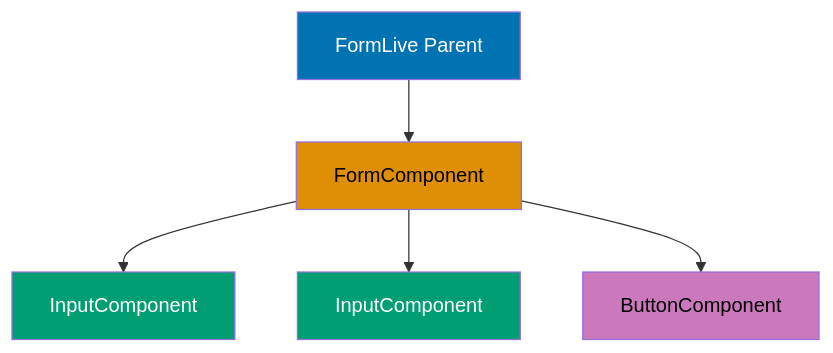
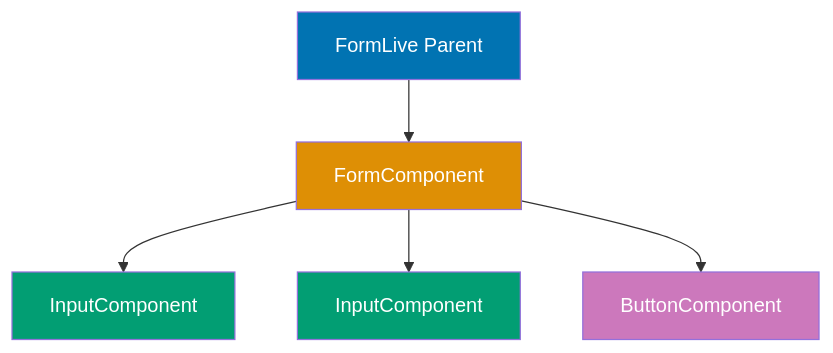
The third of 3 diagrams in apps/ayokoding-web/content/en/learn/software-engineering/platform-web/tools/elixir-phoenix-liveview/by-example/advanced.md (wahidyankf/open-sharia-enterprise), drawn with Mermaid before and after one commit. The commit also changed other lines of this file and 61 other files, not shown here.

First line of the commit message:
fix(ayokoding-web): quote Mermaid node labels with special characters in Example 63

````diff
--- a/apps/ayokoding-web/content/en/learn/software-engineering/platform-web/tools/elixir-phoenix-liveview/by-example/advanced.md
+++ b/apps/ayokoding-web/content/en/learn/software-engineering/platform-web/tools/elixir-phoenix-liveview/by-example/advanced.md
@@ -669,14 +669,14 @@
 ```mermaid
 %% Component composition hierarchy
 graph TD
     A[FormLive Parent] --> B[FormComponent]
     B --> C[InputComponent]
     B --> D[InputComponent]
     B --> E[ButtonComponent]
 
     style A fill:#0173B2,color:#fff
-    style B fill:#DE8F05,color:#000
+    style B fill:#DE8F05,color:#fff
     style C fill:#029E73,color:#fff
     style D fill:#029E73,color:#fff
-    style E fill:#CC78BC,color:#000
+    style E fill:#CC78BC,color:#fff
 ```
````
